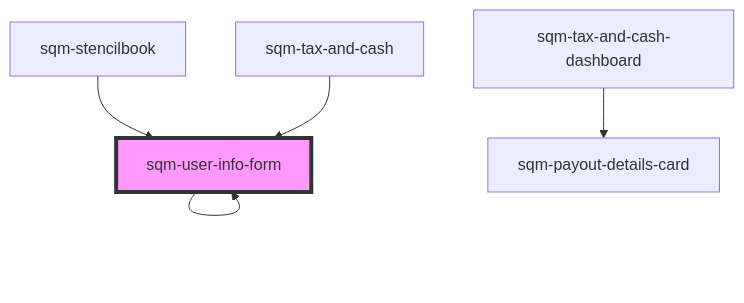
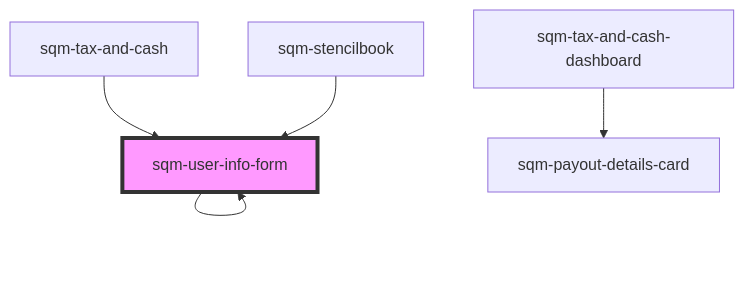
One commit to saasquatch/program-tools changed the diagram in packages/mint-components/src/components/tax-and-cash/sqm-user-info-form/readme.md. Above: the diagram before and after it, drawn with Mermaid. The commit also changed other lines of this file and 7 other files, not shown here.

````diff
--- a/packages/mint-components/src/components/tax-and-cash/sqm-user-info-form/readme.md
+++ b/packages/mint-components/src/components/tax-and-cash/sqm-user-info-form/readme.md
@@ -48,8 +49,8 @@
 ```mermaid
 graph TD;
   sqm-user-info-form --> sqm-user-info-form
   sqm-tax-and-cash-dashboard --> sqm-payout-details-card
+  sqm-tax-and-cash --> sqm-user-info-form
   sqm-stencilbook --> sqm-user-info-form
-  sqm-tax-and-cash --> sqm-user-info-form
   style sqm-user-info-form fill:#f9f,stroke:#333,stroke-width:4px
 ```
````
